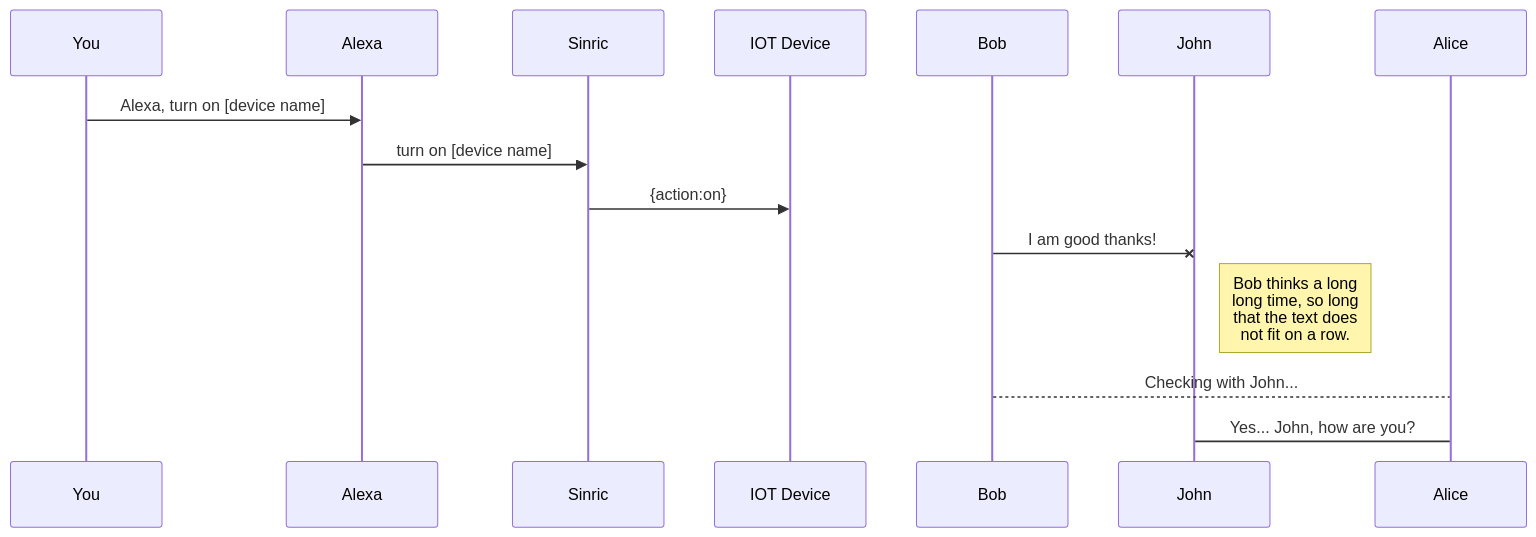
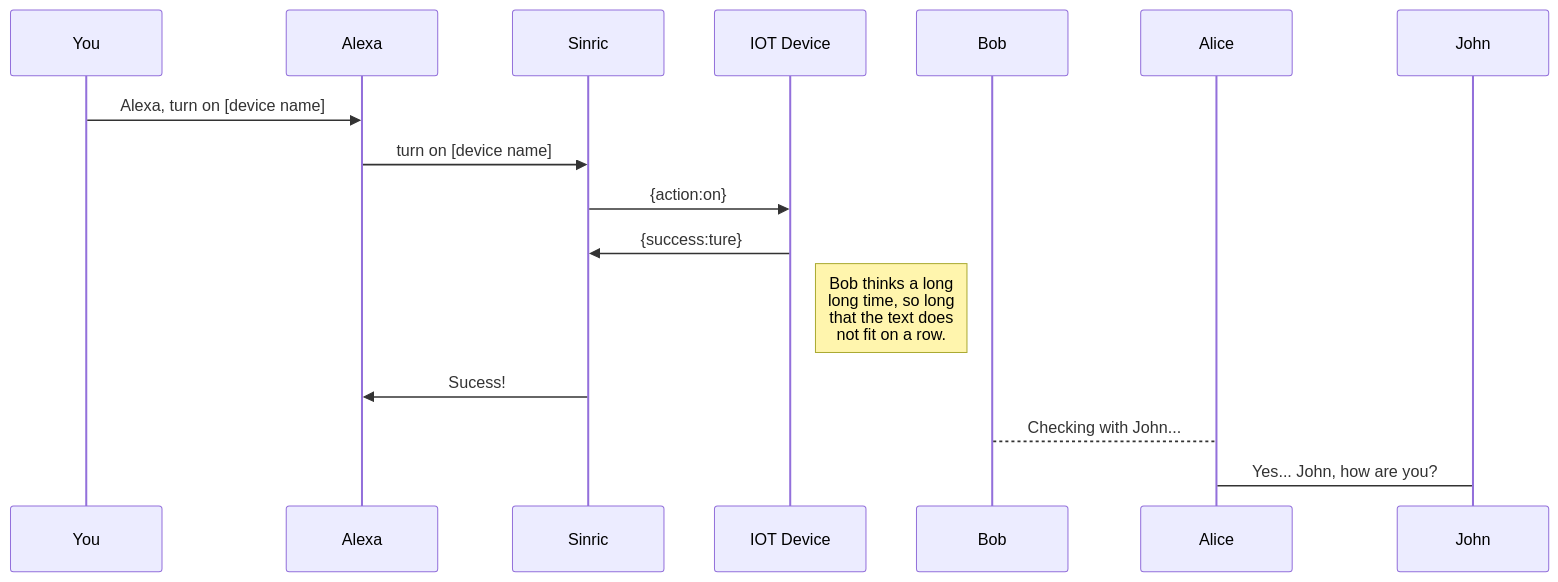
Before and after one commit to kakopappa/sinric-pro-help: the first of 2 diagrams in Welcome file.md, drawn with Mermaid. The commit also changed other lines of this file, not shown here.

Commit message:
Welcome file.md updated from https://stackedit.io/

````diff
--- a/Welcome file.md
+++ b/Welcome file.md
@@ -124,11 +124,12 @@
 ```mermaid
 sequenceDiagram
 You ->> Alexa: Alexa, turn on [device name]
 Alexa->>Sinric: turn on [device name]
 Sinric->>IOT Device: {action:on}
-Bob-x John: I am good thanks!
-Note right of John: Bob thinks a long<br/>long time, so long<br/>that the text does<br/>not fit on a row.
+IOT Device->>Sinric: {success:ture}
+Note right of IOT Device: Bob thinks a long<br/>long time, so long<br/>that the text does<br/>not fit on a row.
+Sinric->> Alexa : Sucess!
 
 Bob-->Alice: Checking with John...
 Alice->John: Yes... John, how are you?
 ```
````
